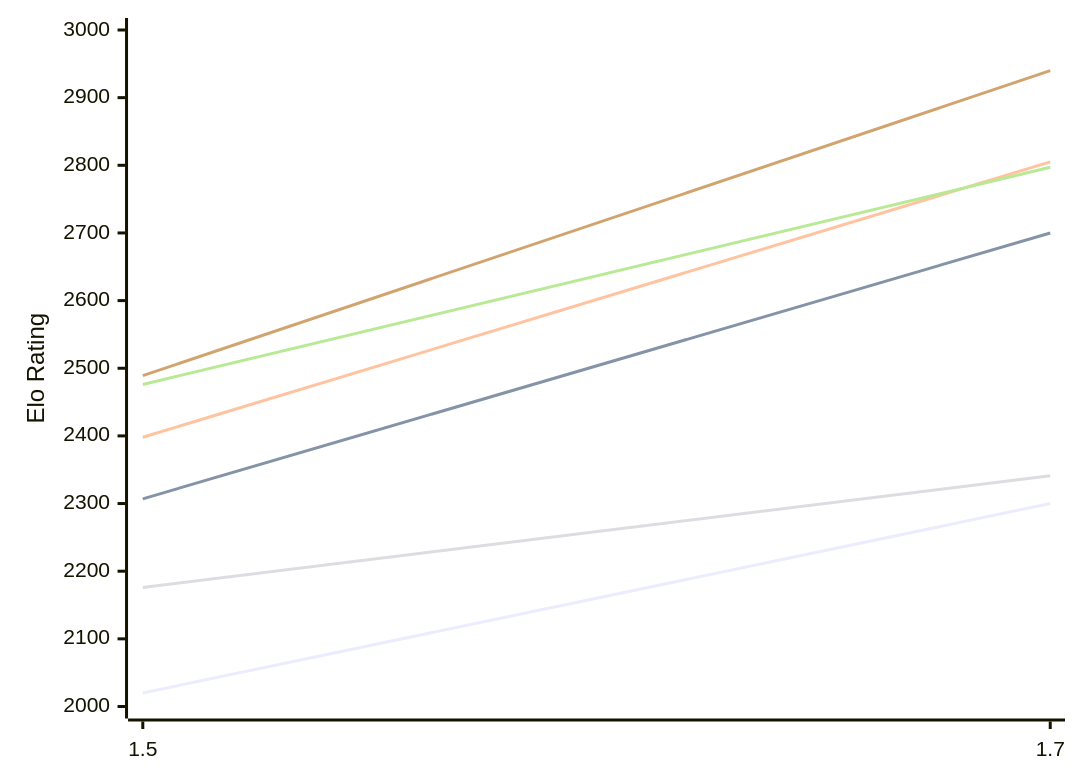
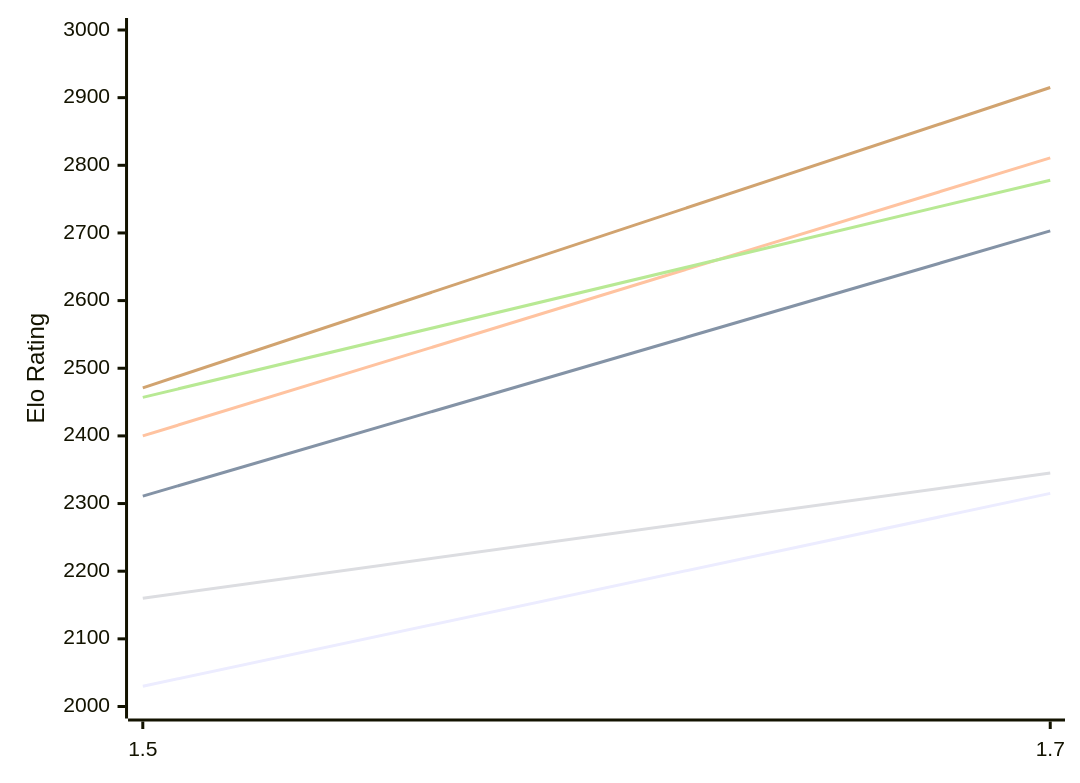
The first of 2 diagrams in engines/Facon.md (computer-chess-index/cci), drawn with Mermaid before and after one commit. The commit also changed other lines of this file, not shown here.

Commit message:
Update CCI Ratings (ELO VLTC) - 2026-10-18

````diff
--- a/engines/Facon.md
+++ b/engines/Facon.md
@@ -52,12 +52,12 @@
 ```mermaid
 %%{init: {"theme":"base","themeVariables":{"seriesColors:['#a3a3a3','#222221','#faa371']}}}%%
 xychart-beta
   x-axis ["1.5", "1.7"]
   y-axis "Elo Rating" 2000 --> 3000
-  line "E1: STC (8.0+0.08s)" [2020, 2300]
-  line "E1: LTC (60.0+0.60s)" [2307, 2700]
-  line "E1: VLTC (2m24s+1.12s)" [2398, 2805]
-  line "P1: STC (8.0+0.08s)" [2176, 2341]
-  line "P1: LTC (60.0+0.60s)" [2476, 2797]
-  line "P1: VLTC (2m24s+1.12s)" [2489, 2940]
+  line "E1: STC (8.0+0.08s)" [2030, 2315]
+  line "E1: LTC (60.0+0.60s)" [2311, 2703]
+  line "E1: VLTC (2m24s+1.12s)" [2400, 2811]
+  line "P1: STC (8.0+0.08s)" [2160, 2345]
+  line "P1: LTC (60.0+0.60s)" [2457, 2778]
+  line "P1: VLTC (2m24s+1.12s)" [2471, 2915]
 ```
````
